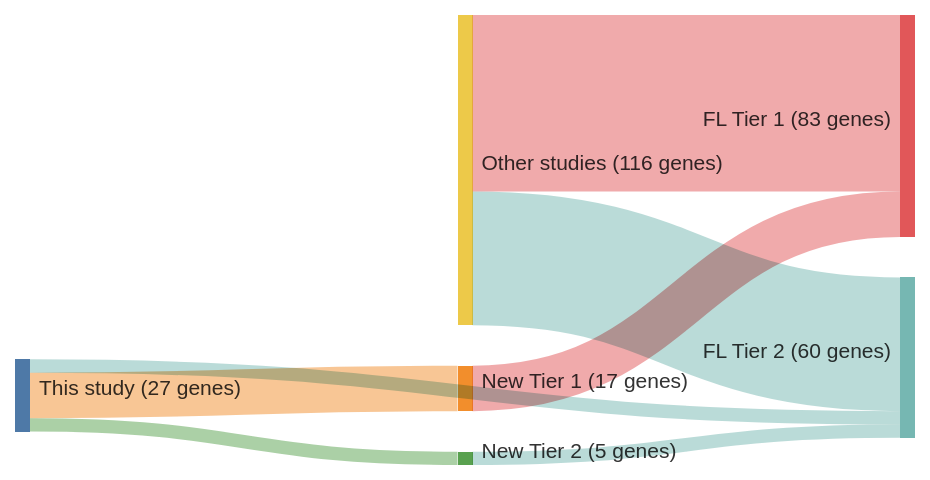
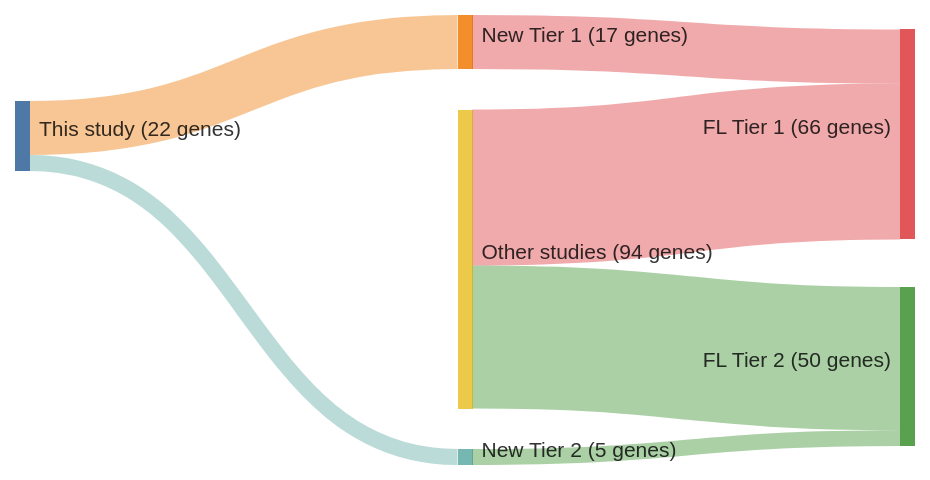
One commit to morinlab/lymphopedia changed the diagram in papers/krysiakRecurrentSomaticMutations2017b.md. Above: the diagram before and after it, drawn with Mermaid. The commit also changed 81 other files, not shown here.

````diff
--- a/papers/krysiakRecurrentSomaticMutations2017b.md
+++ b/papers/krysiakRecurrentSomaticMutations2017b.md
@@ -12,21 +12,20 @@
 ```mermaid
 ---
 config:
     sankey:
         showValues: true
         linkColor: target
         width: 600
         height: 300
         nodeAlignment: right
         prefix: '('
         suffix: ' genes)'
 ---
 sankey-beta
 This study, New Tier 1, 17
 New Tier 1, FL Tier 1, 17
-This study, FL Tier 2, 5
 This study, New Tier 2, 5
 New Tier 2, FL Tier 2, 5
-Other studies, FL Tier 1, 66
-Other studies, FL Tier 2, 50
+Other studies, FL Tier 1, 49
+Other studies, FL Tier 2, 45
 ```
````
